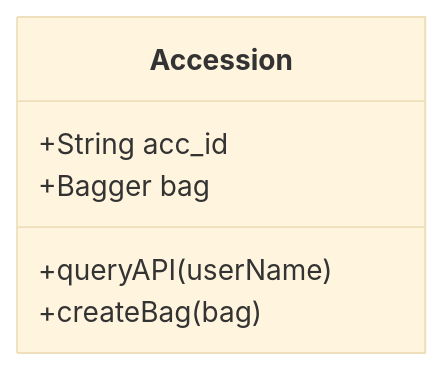
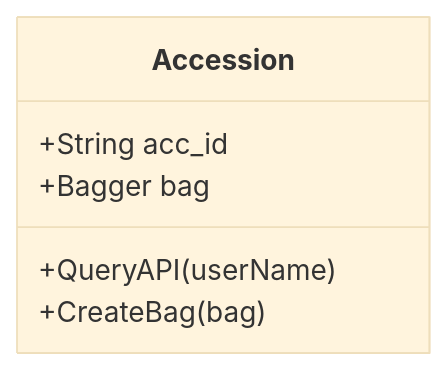
Before and after one commit to marcelomgarcia/dgpresflow: the first of 2 diagrams in diagrams/classes.md, drawn with Mermaid (base theme). The commit also changed other lines of this file, not shown here.

Commit message:
Renamed according to PEP 8

````diff
--- a/diagrams/classes.md
+++ b/diagrams/classes.md
@@ -14,9 +14,9 @@
 ```mermaid
 classDiagram
     class Accession
     Accession : +String acc_id
     Accession : +Bagger bag
-    Accession : +queryAPI(userName)
-    Accession : +createBag(bag)
-    
+    Accession : +QueryAPI(userName)
+    Accession : +CreateBag(bag)
+
 ```
````
